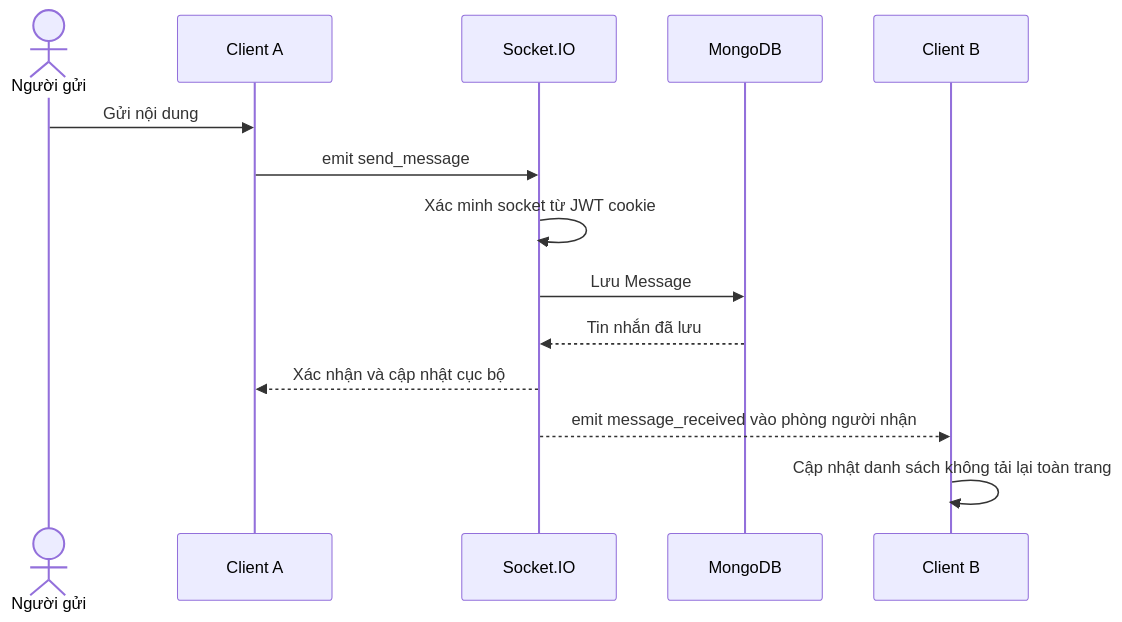
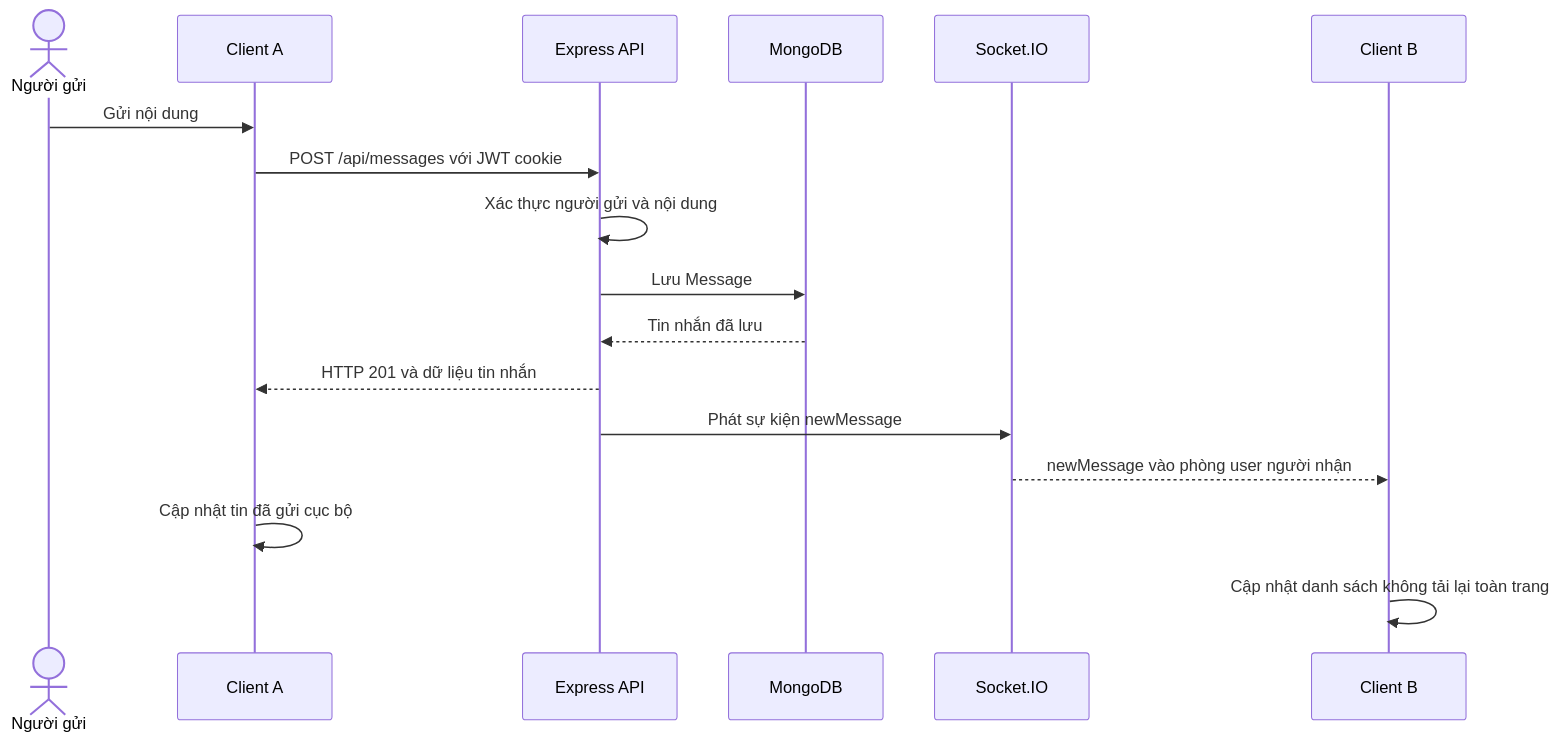
Before and after one commit to vinhvt619/DA2: the ninth of 12 diagrams in docs/bao-cao-do-an-rabbitcv.md, drawn with Mermaid. The commit also changed other lines of this file and 172 other files, not shown here.

````diff
--- a/docs/bao-cao-do-an-rabbitcv.md
+++ b/docs/bao-cao-do-an-rabbitcv.md
@@ -494,16 +623,19 @@
 ```mermaid
 sequenceDiagram
     actor A as Người gửi
     participant CA as Client A
+    participant API as Express API
+    participant DB as MongoDB
     participant S as Socket.IO
-    participant DB as MongoDB
     participant CB as Client B
     A->>CA: Gửi nội dung
-    CA->>S: emit send_message
-    S->>S: Xác minh socket từ JWT cookie
-    S->>DB: Lưu Message
-    DB-->>S: Tin nhắn đã lưu
-    S-->>CA: Xác nhận và cập nhật cục bộ
-    S-->>CB: emit message_received vào phòng người nhận
+    CA->>API: POST /api/messages với JWT cookie
+    API->>API: Xác thực người gửi và nội dung
+    API->>DB: Lưu Message
+    DB-->>API: Tin nhắn đã lưu
+    API-->>CA: HTTP 201 và dữ liệu tin nhắn
+    API->>S: Phát sự kiện newMessage
+    S-->>CB: newMessage vào phòng user người nhận
+    CA->>CA: Cập nhật tin đã gửi cục bộ
     CB->>CB: Cập nhật danh sách không tải lại toàn trang
 ```
````
